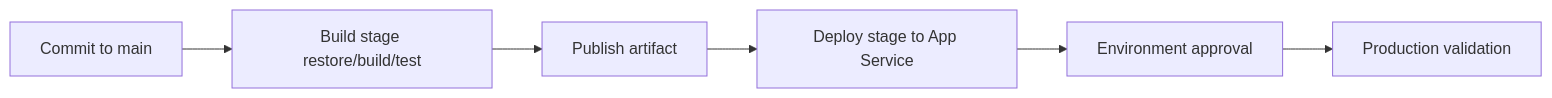
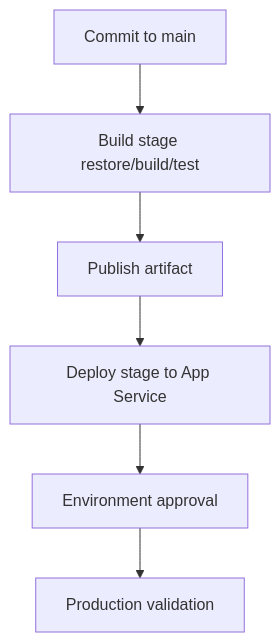
One commit to yeongseon/azure-app-service-practical-guide changed the second of 2 diagrams in docs/language-guides/dotnet/tutorial/06-ci-cd.md. Above: the diagram before and after it, drawn with Mermaid. The commit also changed 128 other files, not shown here.

First line of the commit message:
docs: convert LR diagrams to TD for readability and add orientation rule

````diff
--- a/docs/language-guides/dotnet/tutorial/06-ci-cd.md
+++ b/docs/language-guides/dotnet/tutorial/06-ci-cd.md
@@ -62,8 +62,8 @@
 ```mermaid
-flowchart LR
+flowchart TD
     A[Commit to main] --> B[Build stage restore/build/test]
     B --> C[Publish artifact]
     C --> D[Deploy stage to App Service]
     D --> E[Environment approval]
     E --> F[Production validation]
 ```
````
